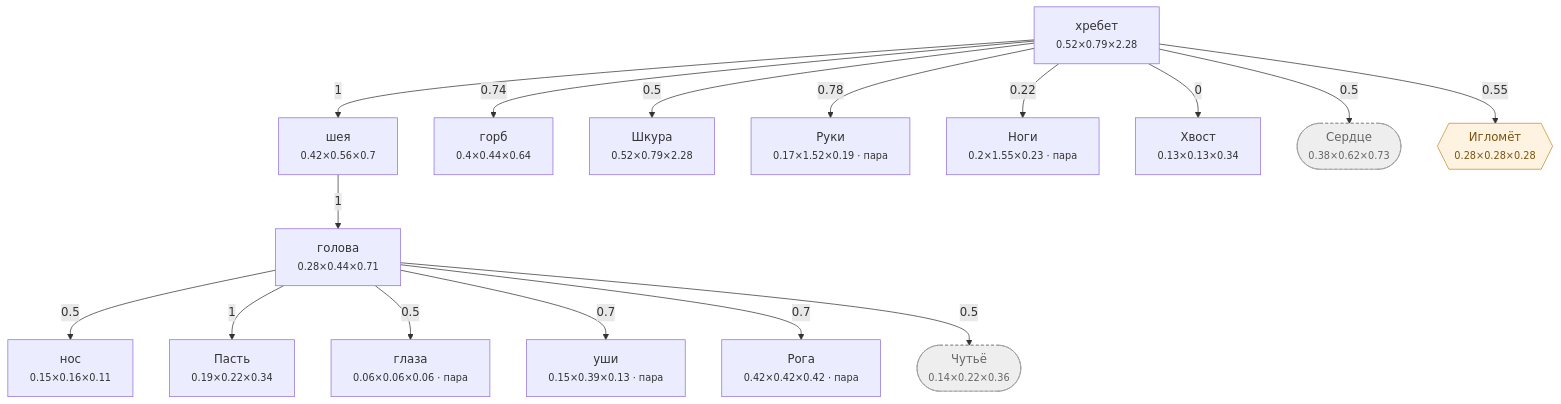
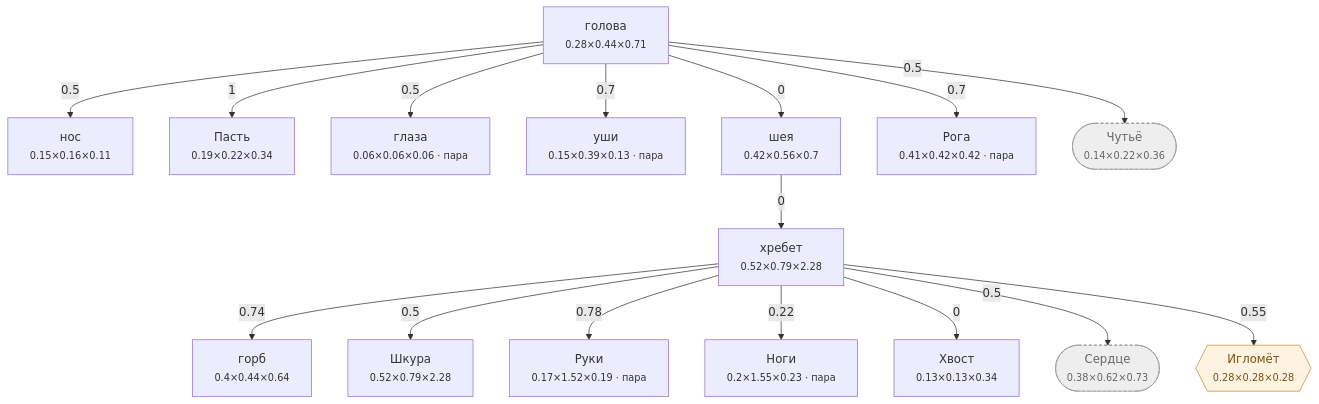
One commit to darklordshish/ChimeraEvolution-2026-06-26_15-29-59 changed the diagram in Docs/Диаграммы/Лось.md. Above: the diagram before and after it, drawn with Mermaid. The commit also changed other lines of this file and 5 other files, not shown here.

````diff
--- a/Docs/Диаграммы/Лось.md
+++ b/Docs/Диаграммы/Лось.md
@@ -24,41 +24,41 @@
 ```mermaid
 flowchart TD
     n0["хребет<br/><small>0.52×0.79×2.28</small>"]
     n1["нос<br/><small>0.15×0.16×0.11</small>"]
     n2["голова<br/><small>0.28×0.44×0.71</small>"]
     n3["Пасть<br/><small>0.19×0.22×0.34</small>"]
     n4["глаза<br/><small>0.06×0.06×0.06 · пара</small>"]
     n5["уши<br/><small>0.15×0.39×0.13 · пара</small>"]
     n6["шея<br/><small>0.42×0.56×0.7</small>"]
     n7["горб<br/><small>0.4×0.44×0.64</small>"]
     n8["Шкура<br/><small>0.52×0.79×2.28</small>"]
     n9["Руки<br/><small>0.17×1.52×0.19 · пара</small>"]
     n10["Ноги<br/><small>0.2×1.55×0.23 · пара</small>"]
     n11["Хвост<br/><small>0.13×0.13×0.34</small>"]
-    n12["Рога<br/><small>0.42×0.42×0.42 · пара</small>"]
+    n12["Рога<br/><small>0.41×0.42×0.42 · пара</small>"]
     n13(["Сердце<br/><small>0.38×0.62×0.73</small>"])
     n14(["Чутьё<br/><small>0.14×0.22×0.36</small>"])
     n15{{"Игломёт<br/><small>0.28×0.28×0.28</small>"}}
 
+    n6 -->|0| n0
     n2 -->|0.5| n1
-    n6 -->|1| n2
     n2 -->|1| n3
     n2 -->|0.5| n4
     n2 -->|0.7| n5
-    n0 -->|1| n6
+    n2 -->|0| n6
     n0 -->|0.74| n7
     n0 -->|0.5| n8
     n0 -->|0.78| n9
     n0 -->|0.22| n10
     n0 -->|0| n11
     n2 -->|0.7| n12
     n0 -->|0.5| n13
     n2 -->|0.5| n14
     n0 -->|0.55| n15
 
     classDef hid fill:#eee,stroke:#999,stroke-dasharray:4 3,color:#666
     classDef gr fill:#fdf3e0,stroke:#c98a2b,color:#7a5310
     classDef ch fill:#e8f2ff,stroke:#3b74c4,color:#1c3f70
     class n13,n14 hid
     class n15 gr
 ```
````
